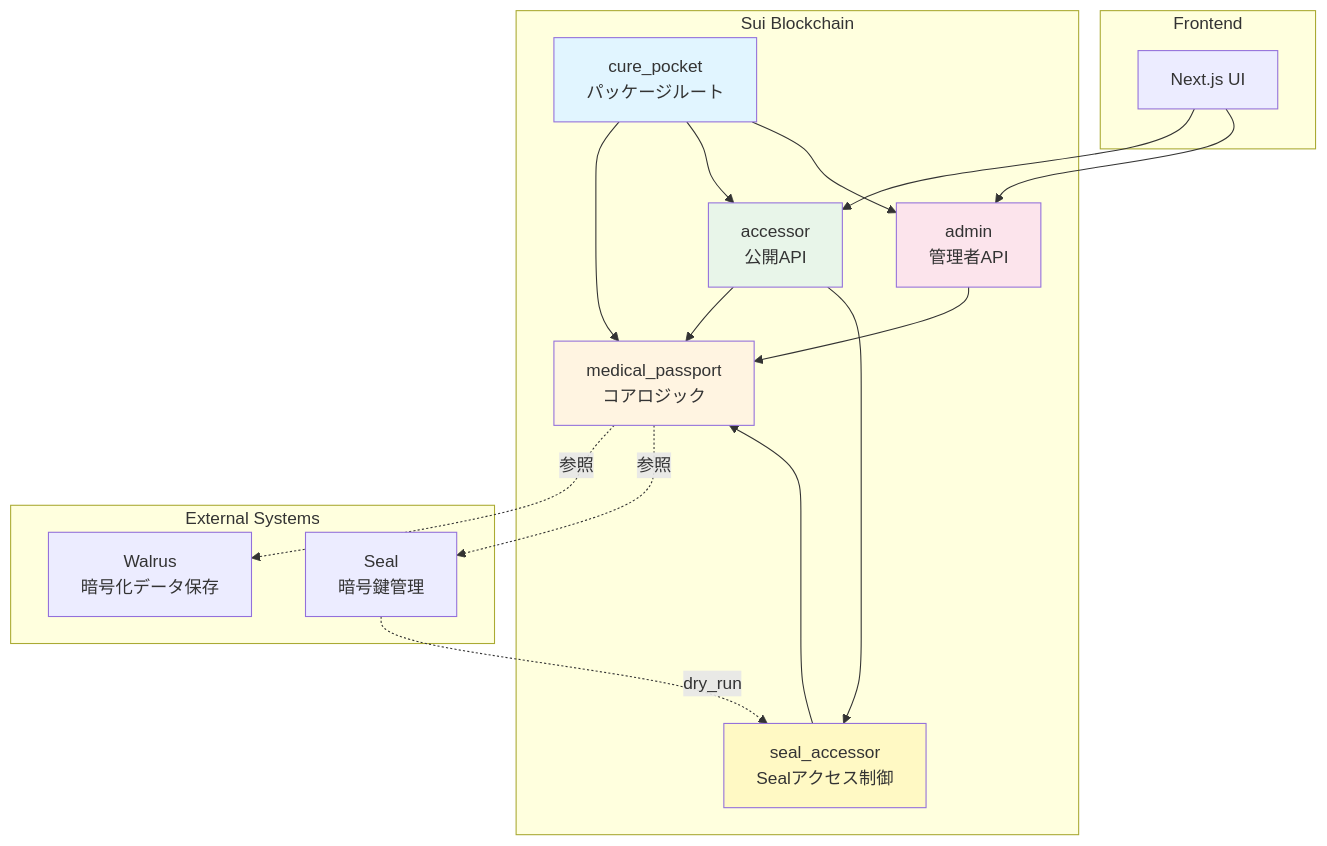
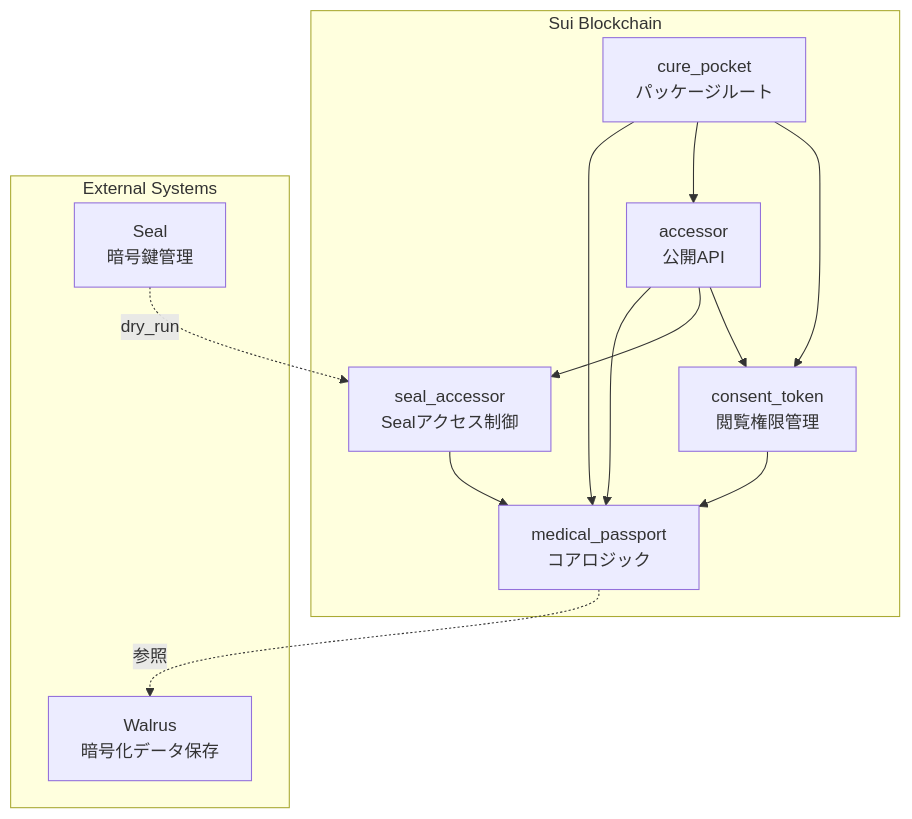
The diagram in docs/contract.md (UnagiLabs/cure_pocket), drawn with Mermaid before and after one commit. The commit also changed other lines of this file, not shown here.

````diff
--- a/docs/contract.md
+++ b/docs/contract.md
@@ -58,38 +50,26 @@
 ```mermaid
 graph TB
     subgraph "Sui Blockchain"
         CP[cure_pocket<br/>パッケージルート]
         MP[medical_passport<br/>コアロジック]
         ACC[accessor<br/>公開API]
-        ADM[admin<br/>管理者API]
+        CT[consent_token<br/>閲覧権限管理]
         SEAL_ACC[seal_accessor<br/>Sealアクセス制御]
     end
 
     subgraph "External Systems"
         WALRUS[Walrus<br/>暗号化データ保存]
         SEAL[Seal<br/>暗号鍵管理]
     end
 
-    subgraph "Frontend"
-        UI[Next.js UI]
-    end
-
     CP --> MP
     CP --> ACC
-    CP --> ADM
+    CP --> CT
     ACC --> MP
     ACC --> SEAL_ACC
-    ADM --> MP
+    ACC --> CT
     SEAL_ACC --> MP
-    UI --> ACC
-    UI --> ADM
+    CT --> MP
     SEAL -.dry_run.-> SEAL_ACC
     MP -.参照.-> WALRUS
-    MP -.参照.-> SEAL
-
-    style CP fill:#e1f5ff
-    style MP fill:#fff4e1
-    style ACC fill:#e8f5e9
-    style ADM fill:#fce4ec
-    style SEAL_ACC fill:#fff9c4
 ```
````
